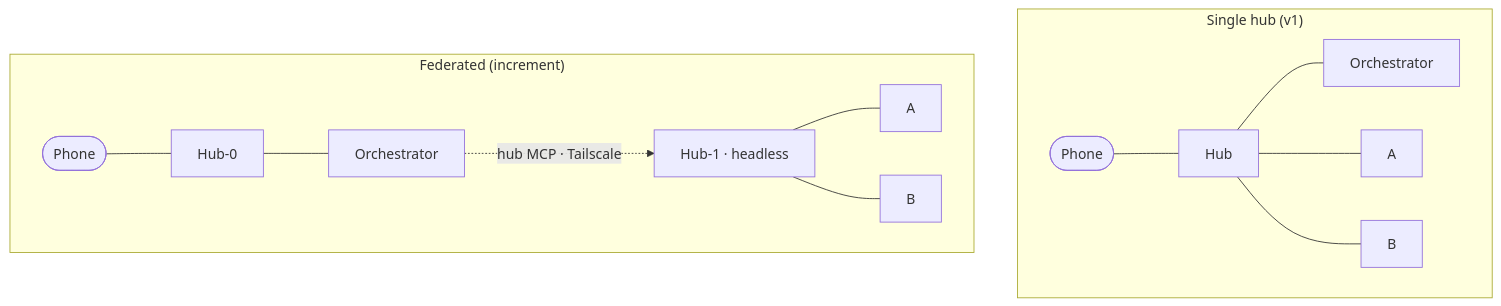
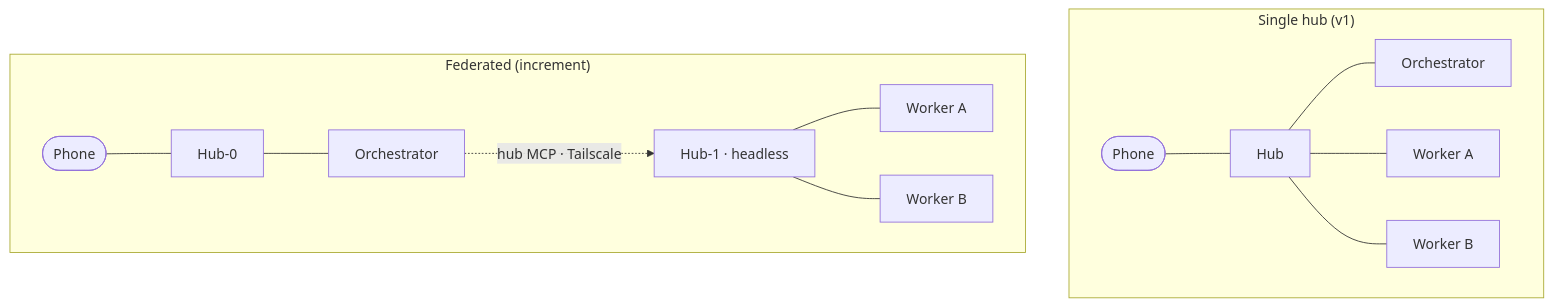
One commit to rg1989/Agentic-Android changed the third of 3 diagrams in docs/orchestration.md. Above: the diagram before and after it, drawn with Mermaid. The commit also changed other lines of this file, not shown here.

Commit message:
docs: orchestration architecture, diagrams, and safety mechanisms

````diff
--- a/docs/orchestration.md
+++ b/docs/orchestration.md
@@ -54,16 +60,18 @@
 ```mermaid
 graph TB
   subgraph single["Single hub (v1)"]
     direction LR
     p1([Phone]) --- h1[Hub]
     h1 --- o1[Orchestrator]
-    h1 --- a1[A] & b1[B]
+    h1 --- a1[Worker A]
+    h1 --- b1[Worker B]
   end
   subgraph multi["Federated (increment)"]
     direction LR
     p2([Phone]) --- h0[Hub-0]
     h0 --- o2[Orchestrator]
-    o2 -. hub MCP · Tailscale .-> h2[Hub-1 · headless]
-    h2 --- a2[A] & b2[B]
+    o2 -. "hub MCP · Tailscale" .-> h2[Hub-1 · headless]
+    h2 --- a2[Worker A]
+    h2 --- b2[Worker B]
   end
 ```
````
